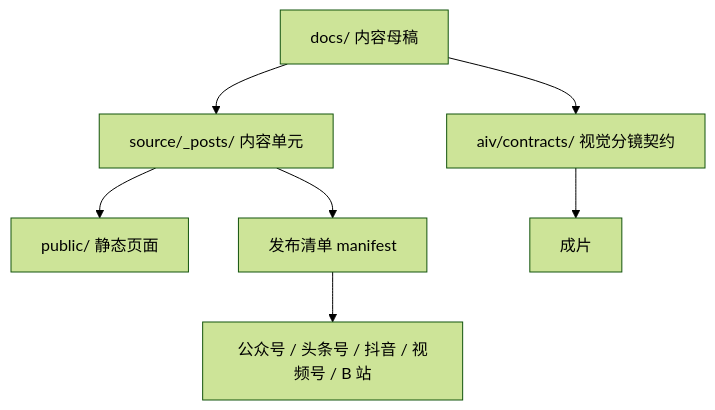
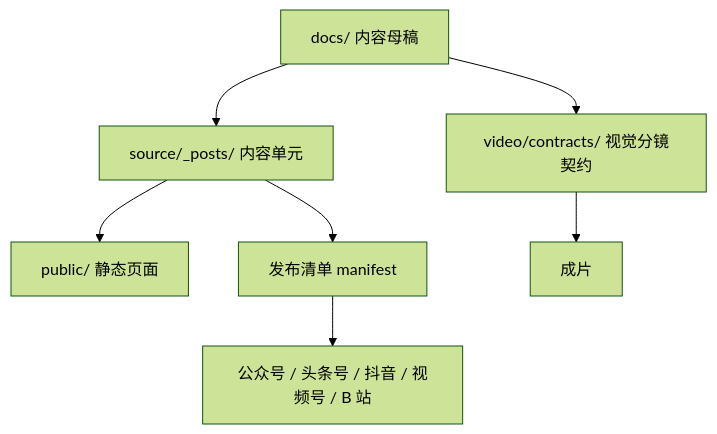
One commit to growdu/aiv changed the diagram in docs/platform-meta/platform-overview/one-repo-three-pipelines.md. Above: the diagram before and after it, drawn with Mermaid (forest theme). The commit also changed other lines of this file and 348 other files, not shown here.

Commit message:
refactor(video): 视频生产线改名 aiv/ → video/，路径引用全量跟上

````diff
--- a/docs/platform-meta/platform-overview/one-repo-three-pipelines.md
+++ b/docs/platform-meta/platform-overview/one-repo-three-pipelines.md
@@ -51,9 +51,9 @@
 ```mermaid
 flowchart TD
   D["docs/ 内容母稿"] --> S["source/_posts/ 内容单元"]
   S --> P["public/ 静态页面"]
-  D --> C["aiv/contracts/ 视觉分镜契约"]
+  D --> C["video/contracts/ 视觉分镜契约"]
   C --> V["成片"]
   S --> M["发布清单 manifest"]
   M --> W["公众号 / 头条号 / 抖音 / 视频号 / B 站"]
 ```
````
